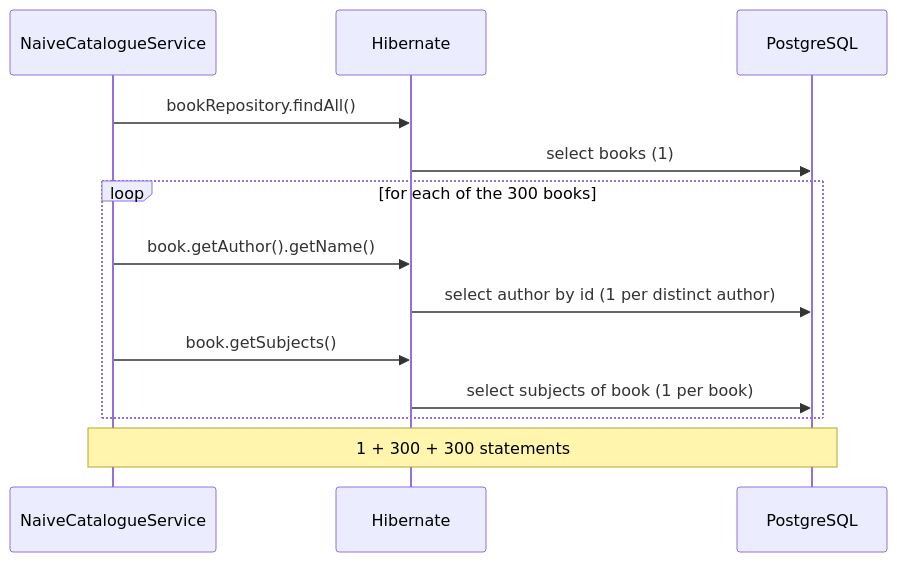
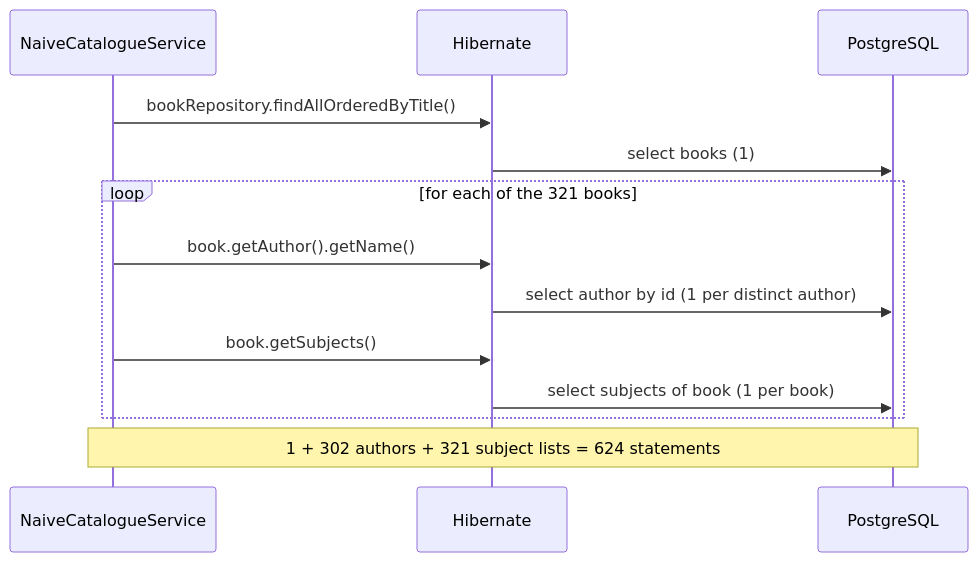
One commit to LabInternetPub/JPAlibraryExample changed the fourth of 7 diagrams in design/domain-and-examples.md. Above: the diagram before and after it, drawn with Mermaid. The commit also changed other lines of this file and 18 other files, not shown here.

````diff
--- a/design/domain-and-examples.md
+++ b/design/domain-and-examples.md
@@ -240,15 +245,15 @@
 ```mermaid
 sequenceDiagram
     participant S as NaiveCatalogueService
     participant H as Hibernate
     participant DB as PostgreSQL
-    S->>H: bookRepository.findAll()
+    S->>H: bookRepository.findAllOrderedByTitle()
     H->>DB: select books (1)
-    loop for each of the 300 books
+    loop for each of the 321 books
         S->>H: book.getAuthor().getName()
         H->>DB: select author by id (1 per distinct author)
         S->>H: book.getSubjects()
         H->>DB: select subjects of book (1 per book)
     end
-    Note over S,DB: 1 + 300 + 300 statements
+    Note over S,DB: 1 + 302 authors + 321 subject lists = 624 statements
 ```
````
